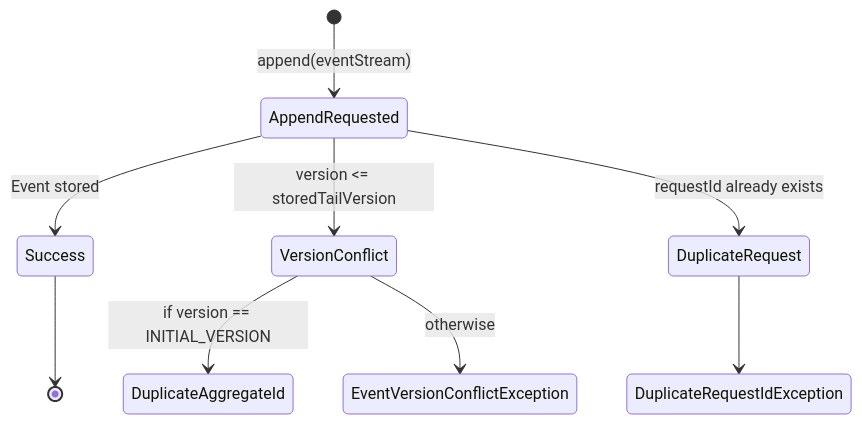
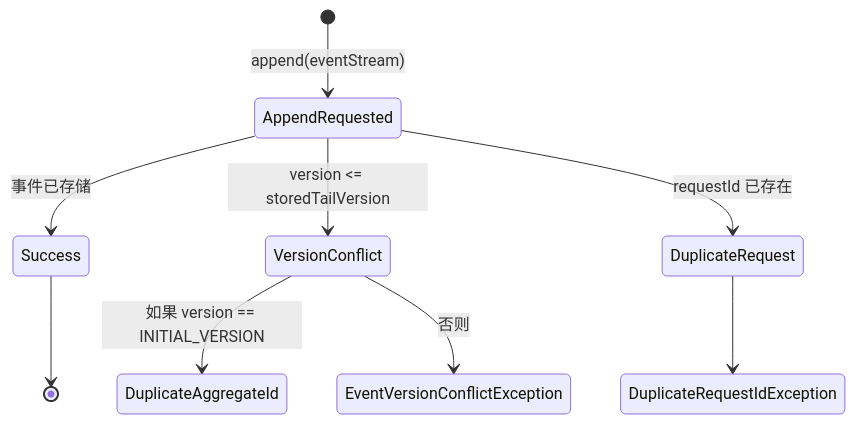
Before and after one commit to Ahoo-Wang/Wow: the fourth of 4 diagrams in documentation/docs/zh/guide/eventstore.md, drawn with Mermaid. The commit also changed other lines of this file and 11 other files, not shown here.

````diff
--- a/documentation/docs/zh/guide/eventstore.md
+++ b/documentation/docs/zh/guide/eventstore.md
@@ -175,12 +175,12 @@
 ```mermaid
 stateDiagram-v2
     [*] --> AppendRequested: append(eventStream)
-    AppendRequested --> Success: Event stored
+    AppendRequested --> Success: 事件已存储
     AppendRequested --> VersionConflict: version <= storedTailVersion
-    AppendRequested --> DuplicateRequest: requestId already exists
+    AppendRequested --> DuplicateRequest: requestId 已存在
 
-    VersionConflict --> DuplicateAggregateId: if version == INITIAL_VERSION
-    VersionConflict --> EventVersionConflictException: otherwise
+    VersionConflict --> DuplicateAggregateId: 如果 version == INITIAL_VERSION
+    VersionConflict --> EventVersionConflictException: 否则
     DuplicateRequest --> DuplicateRequestIdException
     Success --> [*]
 ```
````
